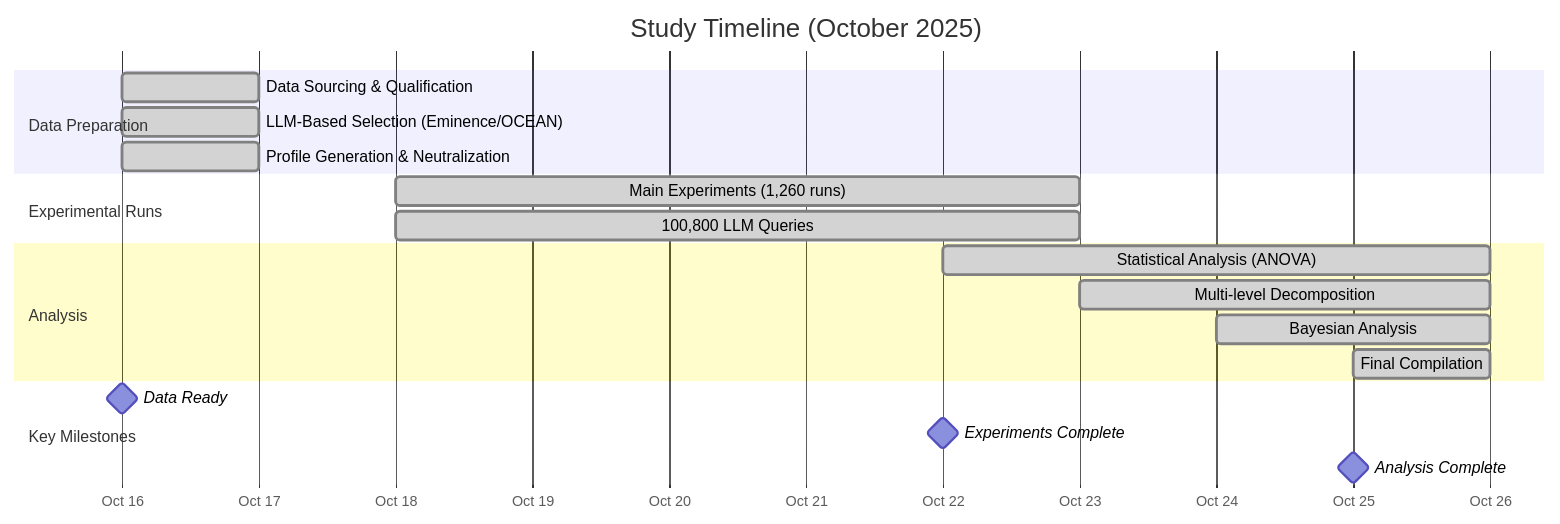
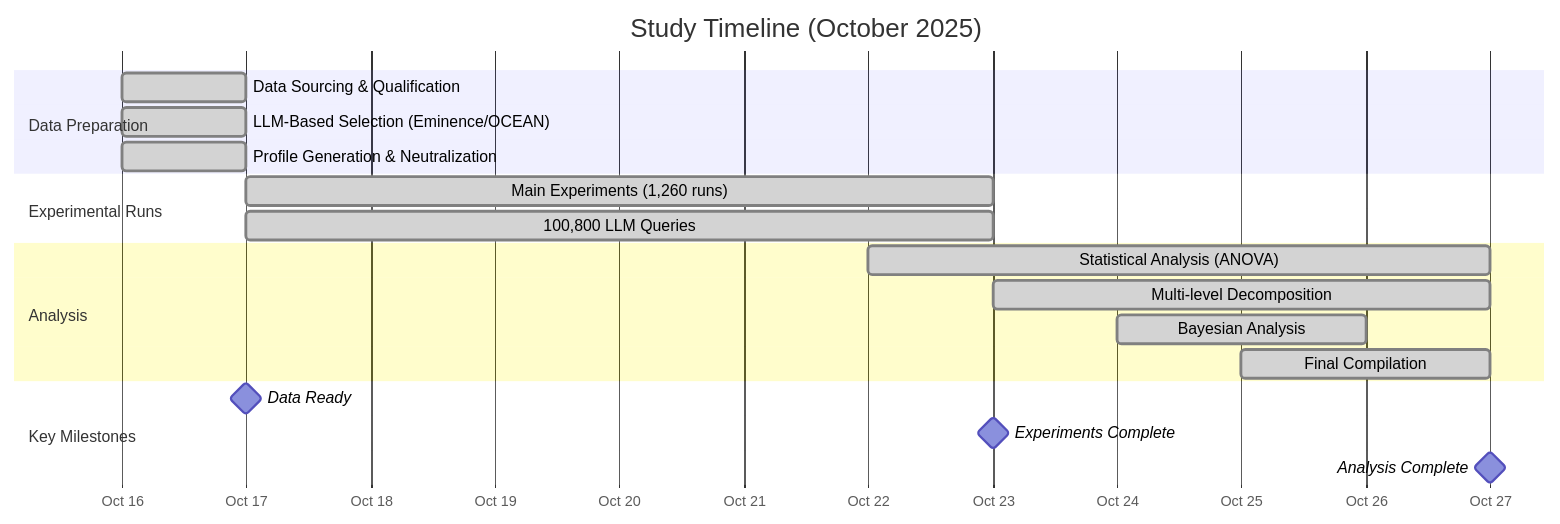
One commit to peterjmarko/llm-narrative-framework changed the diagram in docs/diagrams/timeline_study_execution.mmd. Above: the diagram before and after it, drawn with Mermaid. The commit also changed 20 other files, not shown here.

```diff
--- a/docs/diagrams/timeline_study_execution.mmd
+++ b/docs/diagrams/timeline_study_execution.mmd
@@ -1,24 +1,24 @@
 gantt
     title Study Timeline (October 2025)
     dateFormat YYYY-MM-DD
     axisFormat %b %d
 
     section Data Preparation
     Data Sourcing & Qualification           :done, prep1, 2025-10-16, 1d
     LLM-Based Selection (Eminence/OCEAN)   :done, prep2, 2025-10-16, 1d
     Profile Generation & Neutralization     :done, prep3, 2025-10-16, 1d
     
     section Experimental Runs
-    Main Experiments (1,260 runs)          :done, exp1, 2025-10-18, 5d
-    100,800 LLM Queries                    :done, exp2, 2025-10-18, 5d
+    Main Experiments (1,260 runs)          :done, exp1, 2025-10-17, 6d
+    100,800 LLM Queries                    :done, exp2, 2025-10-17, 6d
     
     section Analysis
-    Statistical Analysis (ANOVA)           :done, ana1, 2025-10-22, 4d
-    Multi-level Decomposition              :done, ana2, 2025-10-23, 3d
+    Statistical Analysis (ANOVA)           :done, ana1, 2025-10-22, 5d
+    Multi-level Decomposition              :done, ana2, 2025-10-23, 4d
     Bayesian Analysis                      :done, ana3, 2025-10-24, 2d
-    Final Compilation                      :done, ana4, 2025-10-25, 1d
+    Final Compilation                      :done, ana4, 2025-10-25, 2d
 
     section Key Milestones
-    Data Ready                             :milestone, m1, 2025-10-16, 0d
-    Experiments Complete                   :milestone, m2, 2025-10-22, 0d
-    Analysis Complete                      :milestone, m3, 2025-10-25, 0d
+    Data Ready                             :milestone, m1, 2025-10-17, 0d
+    Experiments Complete                   :milestone, m2, 2025-10-23, 0d
+    Analysis Complete                      :milestone, m3, 2025-10-27, 0d
```
